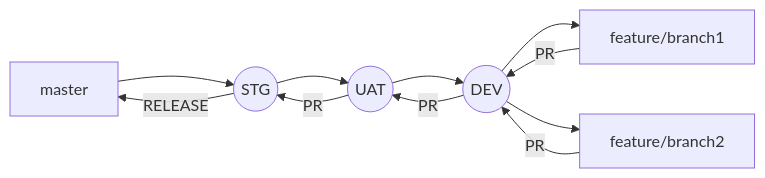
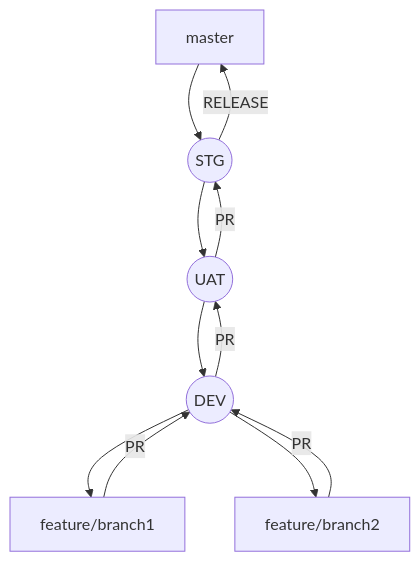
The diagram in documentation.md (Tamimah-Research/documentation), drawn with Mermaid before and after one commit. The commit also changed other lines of this file, not shown here.

````diff
--- a/documentation.md
+++ b/documentation.md
@@ -64,13 +64,13 @@
 ```mermaid
-graph LR
+graph TB
 A[ master]  --> B((STG))
 B --RELEASE--> A
 B --> C((UAT))
 C --PR--> B
 C --> D((DEV))
 D--PR--> C
 D --> E[feature/branch1]
 E -- PR --> D
 D --> F[feature/branch2]
 F -- PR --> D
 ```
````
